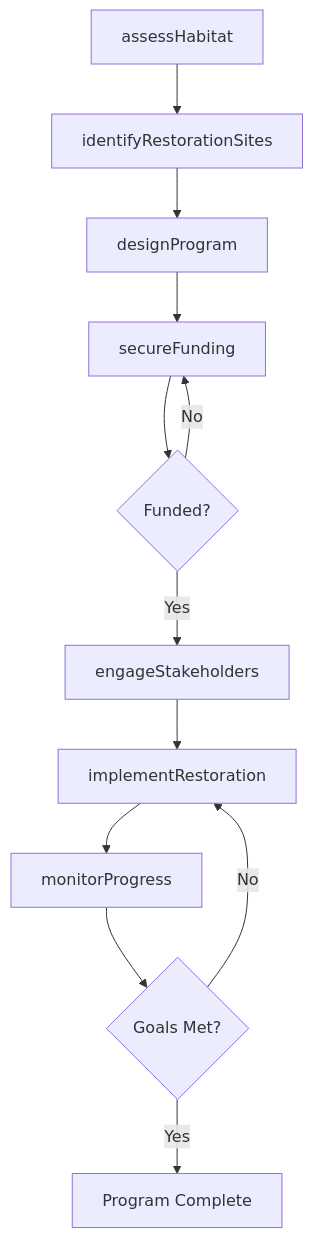
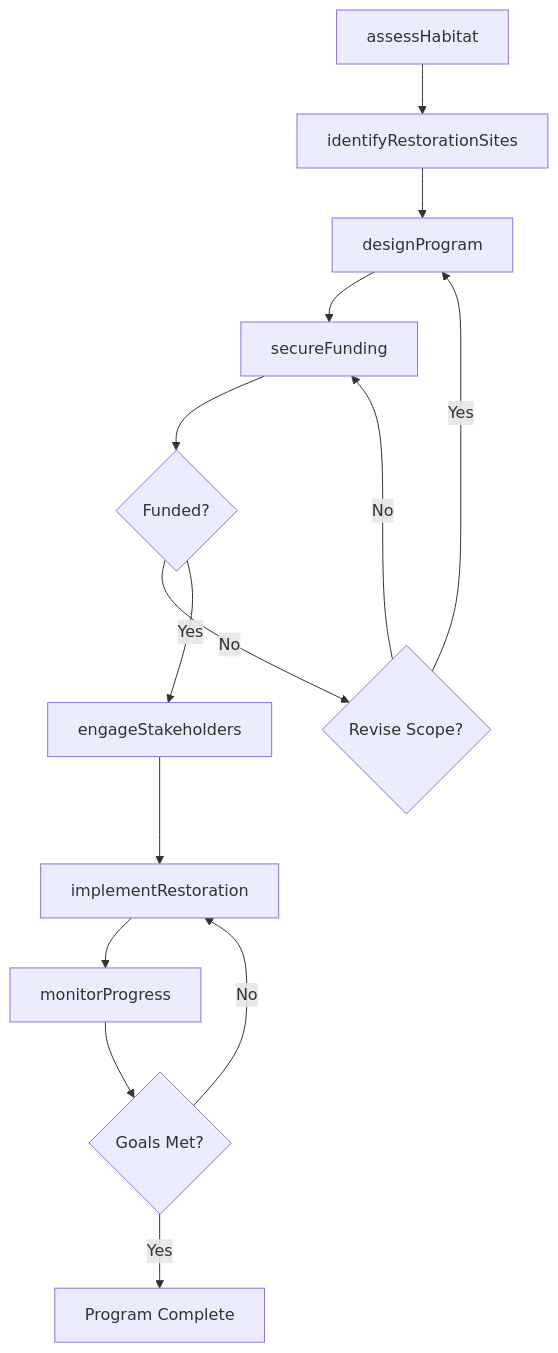
The third of 4 diagrams in ThinkingCreatively/DevelopPlansForManagingOrPreservingNaturalResources/PlanNaturalResourcesConservationRestoration.mdx (dot-org-ai/tasks.org.ai), drawn with Mermaid before and after one commit. The commit also changed other lines of this file and 504 other files, not shown here.

First line of the commit message:
feat: Add ER diagrams, state diagrams, and workflow improvements to 96 DWA task files

````diff
--- a/ThinkingCreatively/DevelopPlansForManagingOrPreservingNaturalResources/PlanNaturalResourcesConservationRestoration.mdx
+++ b/ThinkingCreatively/DevelopPlansForManagingOrPreservingNaturalResources/PlanNaturalResourcesConservationRestoration.mdx
@@ -89,14 +119,16 @@
 ```mermaid
 graph TD
     A[assessHabitat] --> B[identifyRestorationSites]
     B --> C[designProgram]
     C --> D[secureFunding]
     D --> E{Funded?}
-    E -->|No| D
-    E -->|Yes| F[engageStakeholders]
-    F --> G[implementRestoration]
-    G --> H[monitorProgress]
-    H --> I{Goals Met?}
-    I -->|No| G
-    I -->|Yes| J[Program Complete]
+    E -->|No| F{Revise Scope?}
+    F -->|Yes| C
+    F -->|No| D
+    E -->|Yes| G[engageStakeholders]
+    G --> H[implementRestoration]
+    H --> I[monitorProgress]
+    I --> J{Goals Met?}
+    J -->|No| H
+    J -->|Yes| K[Program Complete]
 ```
````
